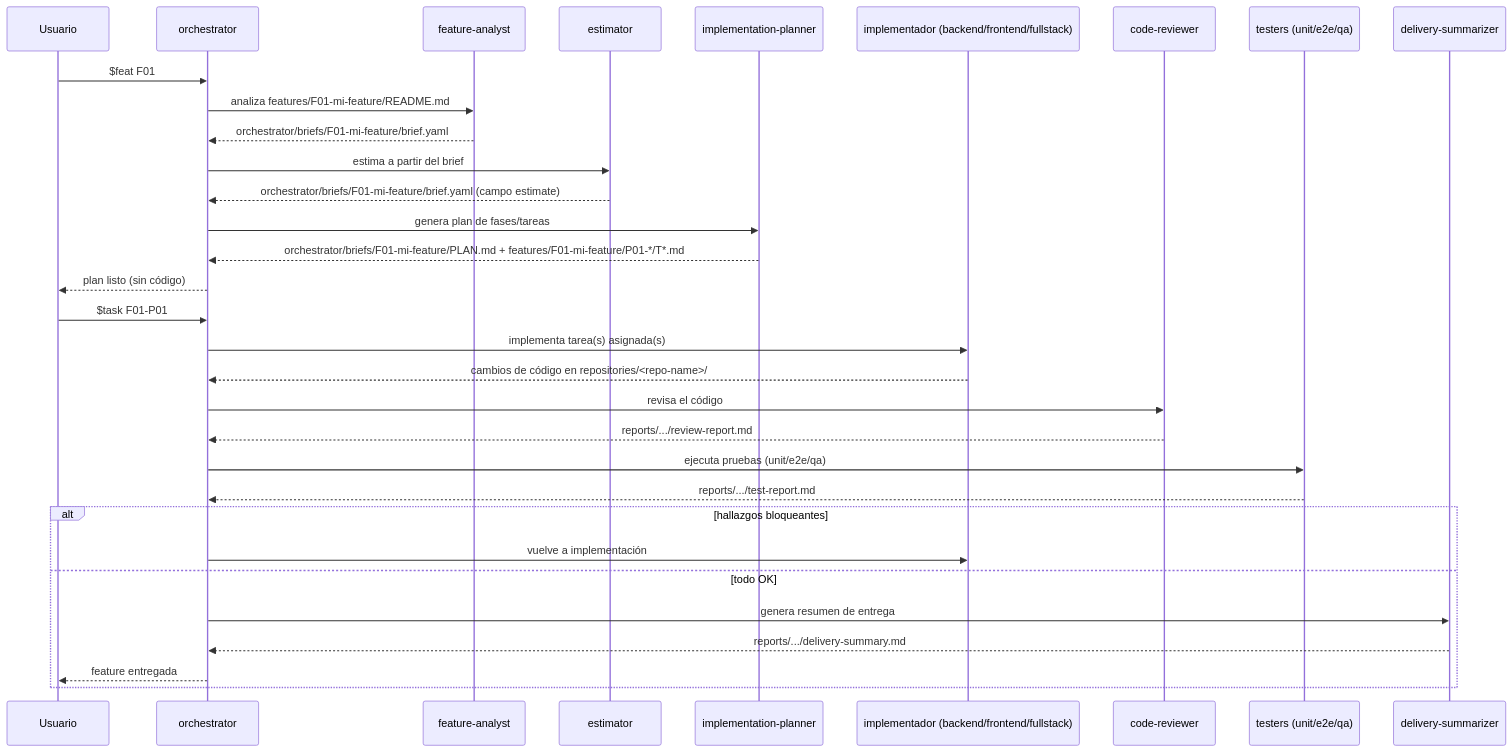
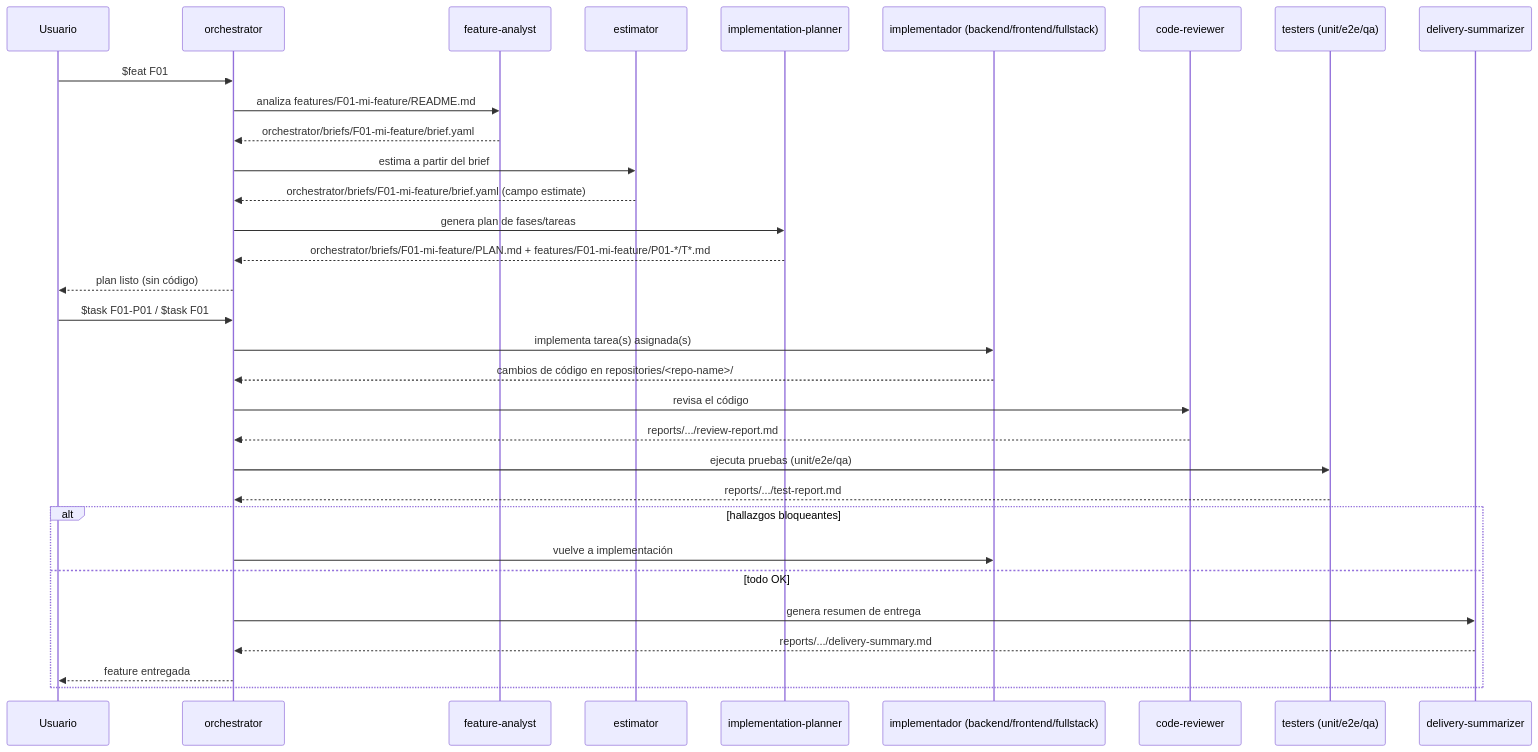
One commit to HishamHuneidie/agent-orchestrator-3 changed the diagram in orchestrator/docs/diagrams/agent-interactions.md. Above: the diagram before and after it, drawn with Mermaid. The commit also changed 9 other files, not shown here.

````diff
--- a/orchestrator/docs/diagrams/agent-interactions.md
+++ b/orchestrator/docs/diagrams/agent-interactions.md
@@ -3,36 +3,36 @@
 ```mermaid
 sequenceDiagram
     participant U as Usuario
     participant O as orchestrator
     participant FA as feature-analyst
     participant ES as estimator
     participant IP as implementation-planner
     participant IM as implementador (backend/frontend/fullstack)
     participant CR as code-reviewer
     participant T as testers (unit/e2e/qa)
     participant DS as delivery-summarizer
 
     U->>O: $feat F01
     O->>FA: analiza features/F01-mi-feature/README.md
     FA-->>O: orchestrator/briefs/F01-mi-feature/brief.yaml
     O->>ES: estima a partir del brief
     ES-->>O: orchestrator/briefs/F01-mi-feature/brief.yaml (campo estimate)
     O->>IP: genera plan de fases/tareas
     IP-->>O: orchestrator/briefs/F01-mi-feature/PLAN.md + features/F01-mi-feature/P01-*/T*.md
     O-->>U: plan listo (sin código)
 
-    U->>O: $task F01-P01
+    U->>O: $task F01-P01 / $task F01
     O->>IM: implementa tarea(s) asignada(s)
     IM-->>O: cambios de código en repositories/<repo-name>/
     O->>CR: revisa el código
     CR-->>O: reports/.../review-report.md
     O->>T: ejecuta pruebas (unit/e2e/qa)
     T-->>O: reports/.../test-report.md
     alt hallazgos bloqueantes
         O->>IM: vuelve a implementación
     else todo OK
         O->>DS: genera resumen de entrega
         DS-->>O: reports/.../delivery-summary.md
         O-->>U: feature entregada
     end
 ```
````
